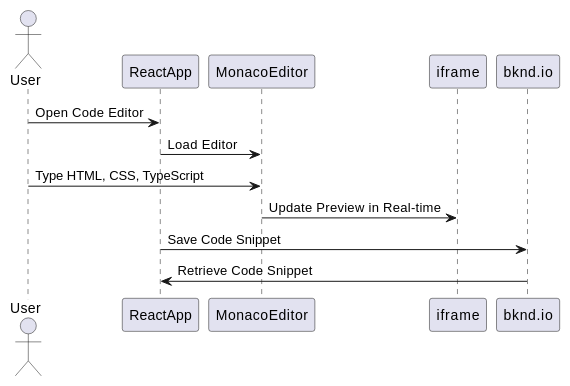
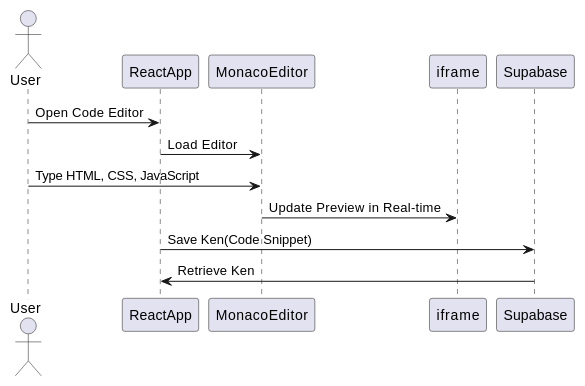
The diagram in SPEC.md (kennycha/codeken), drawn with PlantUML before and after one commit. The commit also changed other lines of this file and 26 other files, not shown here.

```diff
--- a/SPEC.md
+++ b/SPEC.md
@@ -27,12 +27,12 @@
 @startuml
 
 actor User
 
 User -> ReactApp: Open Code Editor
 ReactApp -> MonacoEditor: Load Editor
-User -> MonacoEditor: Type HTML, CSS, TypeScript
+User -> MonacoEditor: Type HTML, CSS, JavaScript
 MonacoEditor -> iframe: Update Preview in Real-time
-ReactApp -> bknd.io: Save Code Snippet
-ReactApp <- bknd.io: Retrieve Code Snippet
+ReactApp -> Supabase: Save Ken(Code Snippet)
+ReactApp <- Supabase: Retrieve Ken
 
 @enduml
```
